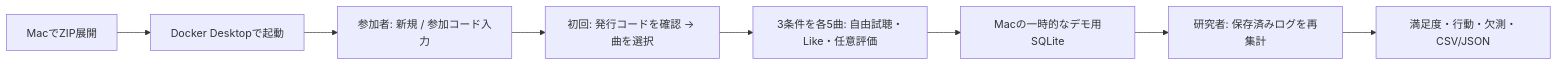
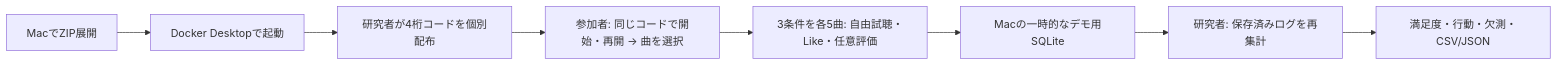
Before and after one commit to 97kuek/music-recsys: the diagram in docs/mac-preview.md, drawn with Mermaid. The commit also changed other lines of this file and 72 other files, not shown here.

````diff
--- a/docs/mac-preview.md
+++ b/docs/mac-preview.md
@@ -33,10 +33,10 @@
 ```mermaid
 flowchart LR
     Z[MacでZIP展開] --> D[Docker Desktopで起動]
-    D --> P[参加者: 新規 / 参加コード入力]
-    P --> C[初回: 発行コードを確認 → 曲を選択]
+    D --> P[研究者が4桁コードを個別配布]
+    P --> C[参加者: 同じコードで開始・再開 → 曲を選択]
     C --> L[3条件を各5曲: 自由試聴・Like・任意評価]
     L --> S[Macの一時的なデモ用SQLite]
     S --> R[研究者: 保存済みログを再集計]
     R --> E[満足度・行動・欠測・CSV/JSON]
 ```
````
